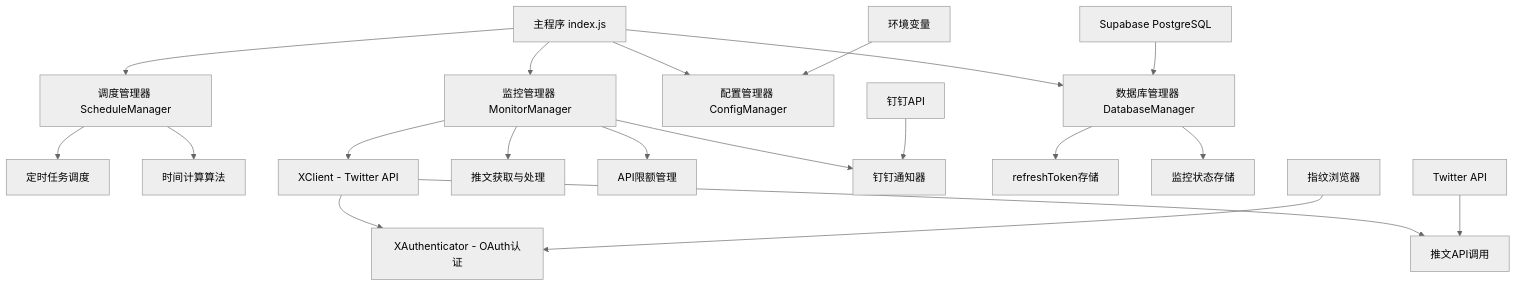
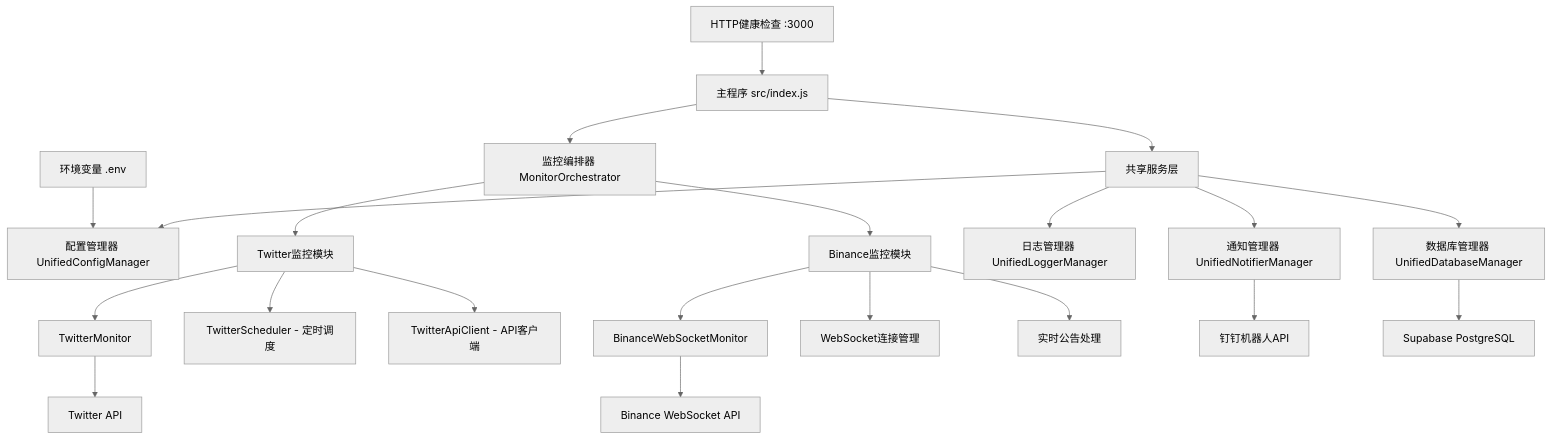
The first of 3 diagrams in TECHNICAL_DOCUMENTATION.md (gaohongxiang/monitor), drawn with Mermaid (neutral theme) before and after one commit. The commit also changed other lines of this file and 40 other files, not shown here.

````diff
--- a/TECHNICAL_DOCUMENTATION.md
+++ b/TECHNICAL_DOCUMENTATION.md
@@ -21,28 +32,30 @@
 ```mermaid
 graph TB
-    A[主程序 index.js] --> B[调度管理器 ScheduleManager]
-    A --> C[监控管理器 MonitorManager]
-    A --> D[配置管理器 ConfigManager]
-    A --> E[数据库管理器 DatabaseManager]
-    
-    B --> F[定时任务调度]
-    B --> G[时间计算算法]
-    
-    C --> H[XClient - Twitter API]
-    C --> I[推文获取与处理]
-    C --> J[API限额管理]
-    
-    H --> K[XAuthenticator - OAuth认证]
-    H --> L[推文API调用]
-    
-    C --> M[钉钉通知器]
-    
-    N[环境变量] --> D
-    O[Supabase PostgreSQL] --> E
-    E --> P[refreshToken存储]
-    E --> Q[监控状态存储]
-    
-    R[指纹浏览器] --> K
-    S[Twitter API] --> L
-    T[钉钉API] --> M
+    A[主程序 src/index.js] --> B[监控编排器 MonitorOrchestrator]
+    A --> C[共享服务层]
+
+    C --> D[配置管理器 UnifiedConfigManager]
+    C --> E[数据库管理器 UnifiedDatabaseManager]
+    C --> F[通知管理器 UnifiedNotifierManager]
+    C --> G[日志管理器 UnifiedLoggerManager]
+
+    B --> H[Twitter监控模块]
+    B --> I[Binance监控模块]
+
+    H --> J[TwitterMonitor]
+    H --> K[TwitterScheduler - 定时调度]
+    H --> L[TwitterApiClient - API客户端]
+
+    I --> M[BinanceWebSocketMonitor]
+    I --> N[WebSocket连接管理]
+    I --> O[实时公告处理]
+
+    J --> P[Twitter API]
+    M --> Q[Binance WebSocket API]
+
+    F --> R[钉钉机器人API]
+    E --> S[Supabase PostgreSQL]
+
+    T[环境变量 .env] --> D
+    U[HTTP健康检查 :3000] --> A
 ```
````
